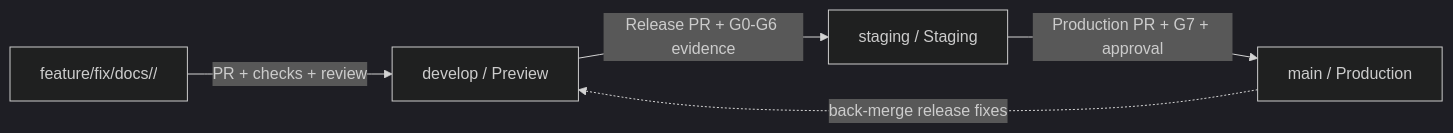
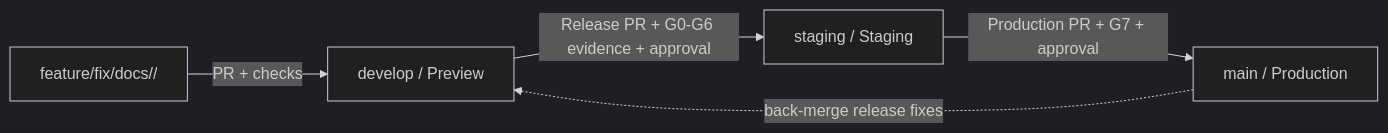
One commit to Y4NN777/226os changed the diagram in docs/GIT_WORKFLOW.md. Above: the diagram before and after it, drawn with Mermaid (dark theme). The commit also changed other lines of this file and 3 other files, not shown here.

````diff
--- a/docs/GIT_WORKFLOW.md
+++ b/docs/GIT_WORKFLOW.md
@@ -45,7 +45,7 @@
 ```mermaid
 graph LR
-  W[feature/fix/docs/<domain>/<name>] -->|PR + checks + review| D[develop / Preview]
-  D -->|Release PR + G0-G6 evidence| S[staging / Staging]
+  W[feature/fix/docs/<domain>/<name>] -->|PR + checks| D[develop / Preview]
+  D -->|Release PR + G0-G6 evidence + approval| S[staging / Staging]
   S -->|Production PR + G7 + approval| M[main / Production]
   M -.->|back-merge release fixes| D
 ```
````
